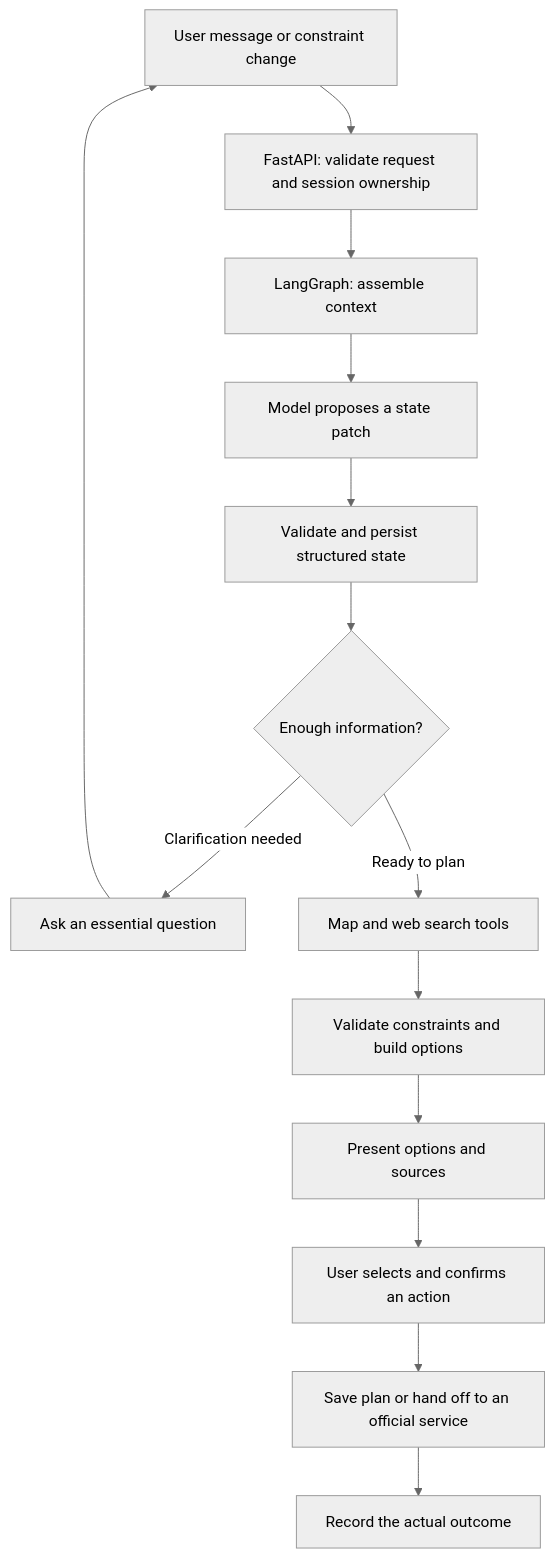
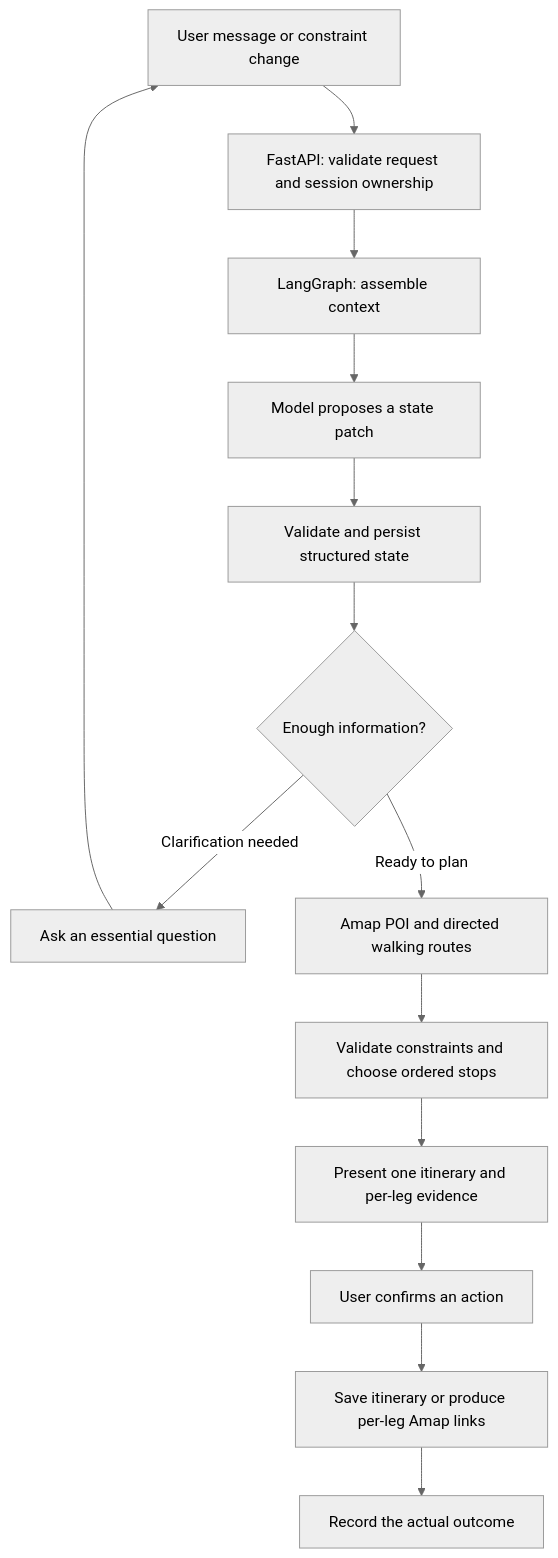
One commit to wangyux07-cmd/SOLOVIBE_APP changed the diagram in README.md. Above: the diagram before and after it, drawn with Mermaid (neutral theme). The commit also changed other lines of this file and 26 other files, not shown here.

````diff
--- a/README.md
+++ b/README.md
@@ -44,16 +44,16 @@
 ```mermaid
 flowchart TD
     A[User message or constraint change] --> B[FastAPI: validate request and session ownership]
     B --> C[LangGraph: assemble context]
     C --> D[Model proposes a state patch]
     D --> E[Validate and persist structured state]
     E --> F{Enough information?}
     F -->|Clarification needed| G[Ask an essential question]
     G --> A
-    F -->|Ready to plan| H[Map and web search tools]
-    H --> I[Validate constraints and build options]
-    I --> J[Present options and sources]
-    J --> K[User selects and confirms an action]
-    K --> L[Save plan or hand off to an official service]
+    F -->|Ready to plan| H[Amap POI and directed walking routes]
+    H --> I[Validate constraints and choose ordered stops]
+    I --> J[Present one itinerary and per-leg evidence]
+    J --> K[User confirms an action]
+    K --> L[Save itinerary or produce per-leg Amap links]
     L --> M[Record the actual outcome]
 ```
````
